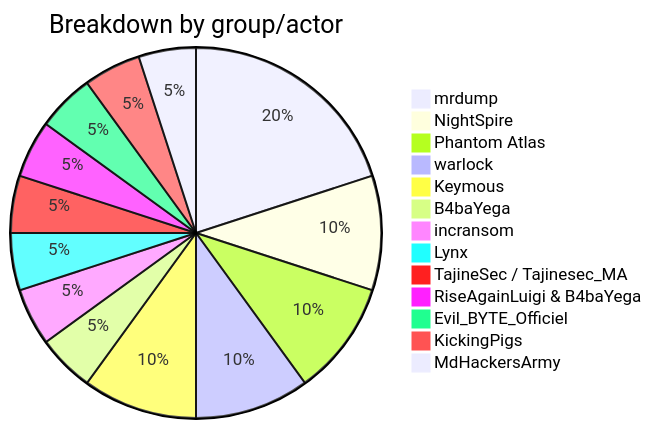
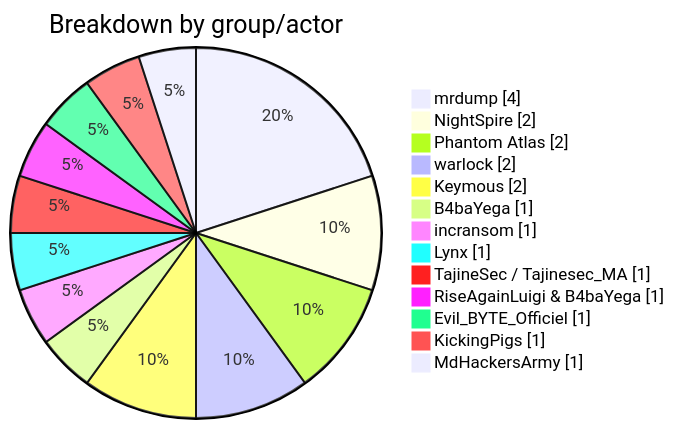
One commit to Hatchepsoute/AFRINTEL changed the first of 7 diagrams in CyberAttackAfrica/2025/06-june/README.md. Above: the diagram before and after it, drawn with Mermaid. The commit also changed other lines of this file and 182 other files, not shown here.

````diff
--- a/CyberAttackAfrica/2025/06-june/README.md
+++ b/CyberAttackAfrica/2025/06-june/README.md
@@ -39,16 +41,17 @@
 ```mermaid
-pie title Breakdown by group/actor
+pie showData
+    title Breakdown by group/actor
     "mrdump" : 4
     "NightSpire" : 2
     "Phantom Atlas" : 2
     "warlock" : 2
     "Keymous" : 2
     "B4baYega" : 1
     "incransom" : 1
     "Lynx" : 1
     "TajineSec / Tajinesec_MA" : 1
     "RiseAgainLuigi & B4baYega" : 1
     "Evil_BYTE_Officiel" : 1
     "KickingPigs" : 1
     "MdHackersArmy" : 1
 ```
````
